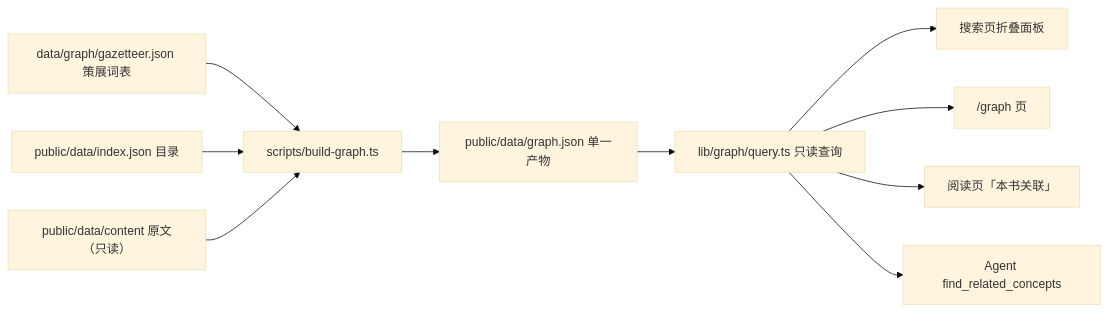
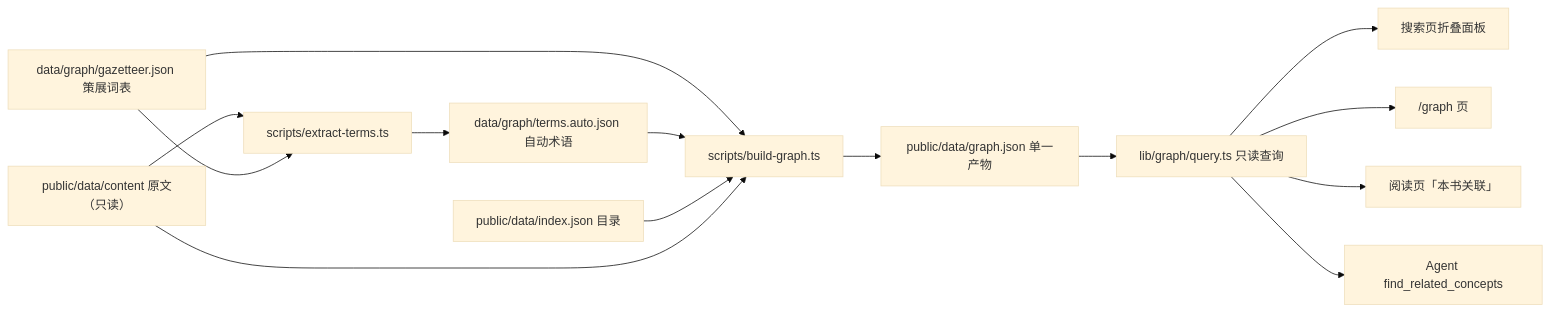
Before and after one commit to DaimaRuge/daozang-web-main: the first of 2 diagrams in docs/ARCHITECTURE.md, drawn with Mermaid (base theme). The commit also changed other lines of this file and 18 other files, not shown here.

First line of the commit message:
feat(graph): 从语料自动抽取术语并入图谱

````diff
--- a/docs/ARCHITECTURE.md
+++ b/docs/ARCHITECTURE.md
@@ -57,12 +57,16 @@
 ```mermaid
 flowchart LR
-  gaz["data/graph/gazetteer.json 策展词表"] --> build["scripts/build-graph.ts"]
+  content["public/data/content 原文（只读）"] --> extract["scripts/extract-terms.ts"]
+  gaz["data/graph/gazetteer.json 策展词表"] --> extract
+  extract --> auto["data/graph/terms.auto.json 自动术语"]
+  gaz --> build["scripts/build-graph.ts"]
+  auto --> build
   idx["public/data/index.json 目录"] --> build
-  content["public/data/content 原文（只读）"] --> build
+  content --> build
   build --> artifact["public/data/graph.json 单一产物"]
   artifact --> query["lib/graph/query.ts 只读查询"]
   query --> search["搜索页折叠面板"]
   query --> page["/graph 页"]
   query --> reader["阅读页「本书关联」"]
   query --> agent["Agent find_related_concepts"]
 ```
````
